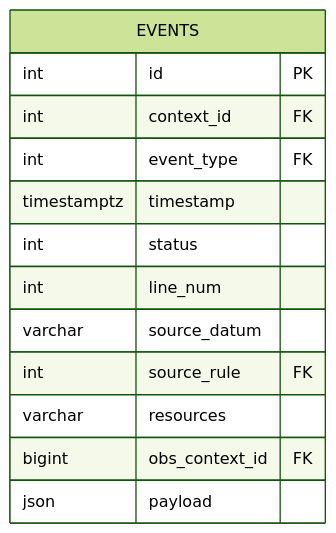
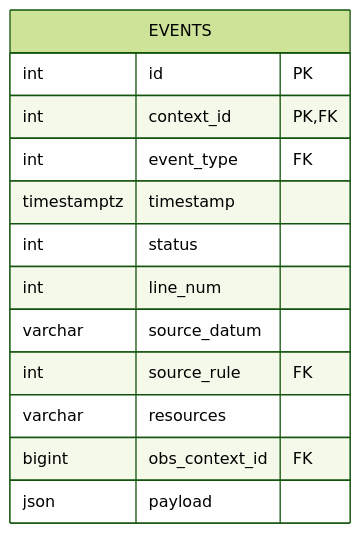
One commit to abonillabeeche/attribution changed the first of 4 diagrams in docs/attribution.md. Above: the diagram before and after it, drawn with Mermaid (forest theme). The commit also changed other lines of this file and 1 other file, not shown here.

````diff
--- a/docs/attribution.md
+++ b/docs/attribution.md
@@ -43,16 +43,19 @@
 ```mermaid
 erDiagram
+    accTitle: Events table schema
+    accDescr: The per-job events table stores event identity, type, status, provenance, associated resources, observation context, and a JSON payload.
+
     EVENTS {
         int id PK
-        int context_id FK
+        int context_id PK, FK
         int event_type FK
         timestamptz timestamp
         int status
         int line_num
         varchar source_datum
         int source_rule FK
         varchar resources
         bigint obs_context_id FK
         json payload
     }
 ```
````
